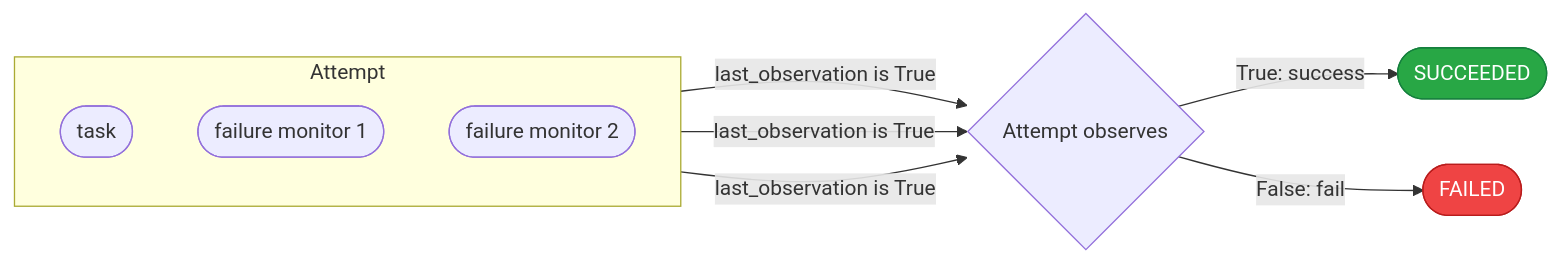
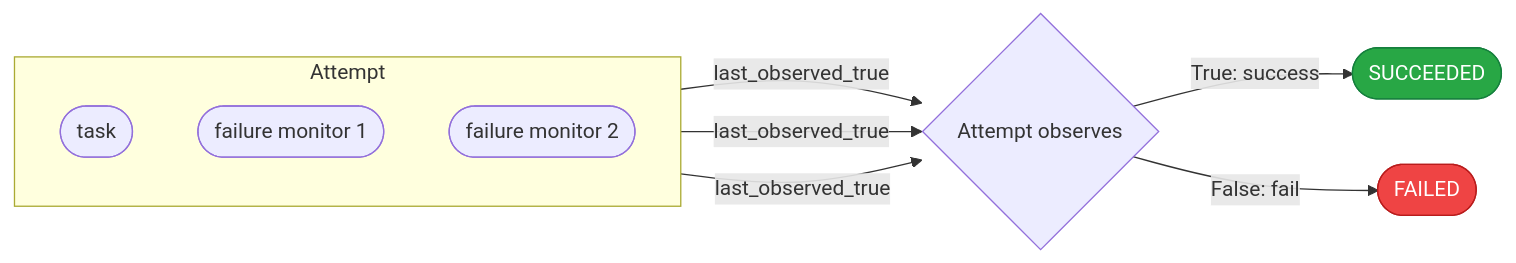
Before and after one commit to Tigul/cognitive_robot_abstract_machine: the sixth of 11 diagrams in giskardpy/doc/motion_statecharts.md, drawn with Mermaid. The commit also changed other lines of this file and 30 other files, not shown here.

Commit message:
refactor(motion_statechart): update conditions to replace `observation_variable` with `observes_true` and logical operations with binary predicates

````diff
--- a/giskardpy/doc/motion_statecharts.md
+++ b/giskardpy/doc/motion_statecharts.md
@@ -366,20 +365,20 @@
 ```{mermaid}
 flowchart LR
     subgraph attempt ["Attempt"]
         direction TB
         task(["task"])
         m1(["failure monitor 1"])
         m2(["failure monitor 2"])
     end
     obs{"Attempt observes"}
-    task -- "last_observation is True" --> obs
-    m1 -- "last_observation is True" --> obs
-    m2 -- "last_observation is True" --> obs
+    task -- "last_observed_true" --> obs
+    m1 -- "last_observed_true" --> obs
+    m2 -- "last_observed_true" --> obs
     obs -- "True: success" --> S([SUCCEEDED])
     obs -- "False: fail" --> F([FAILED])
 
     classDef succeeded fill:#28A745,stroke:#15803D,color:#FFFFFF
     classDef failed fill:#EF4444,stroke:#B91C1C,color:#FFFFFF
     class S succeeded
     class F failed
 ```
````
